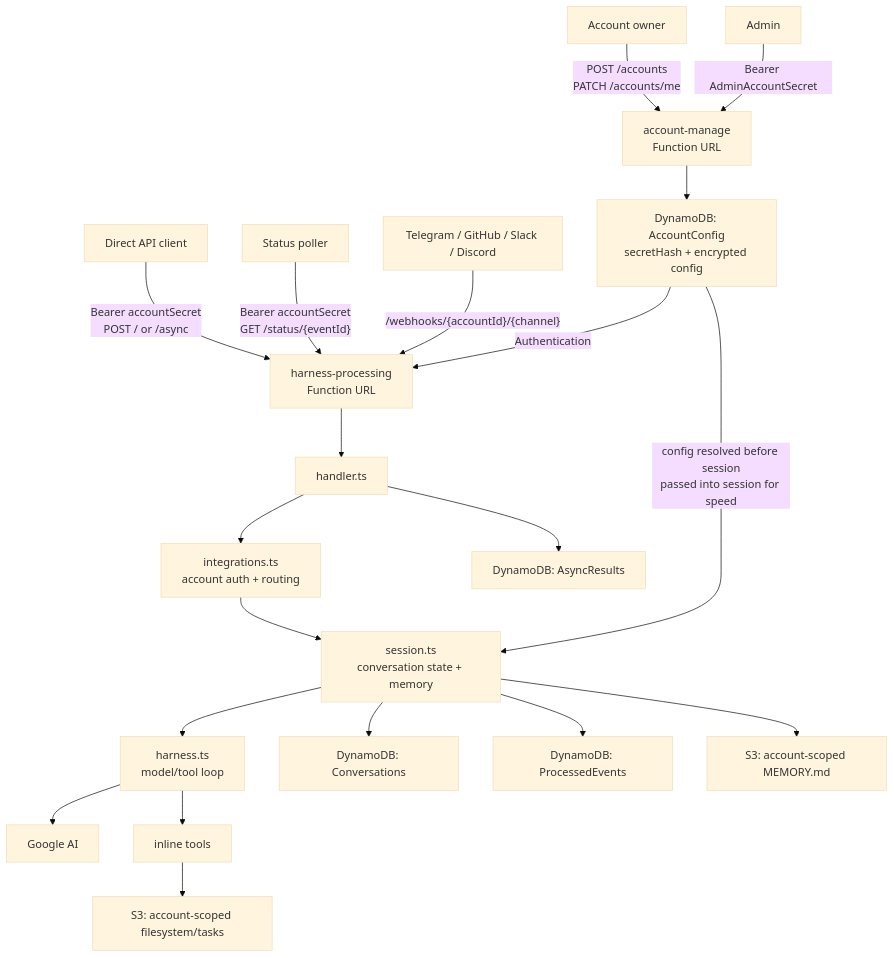
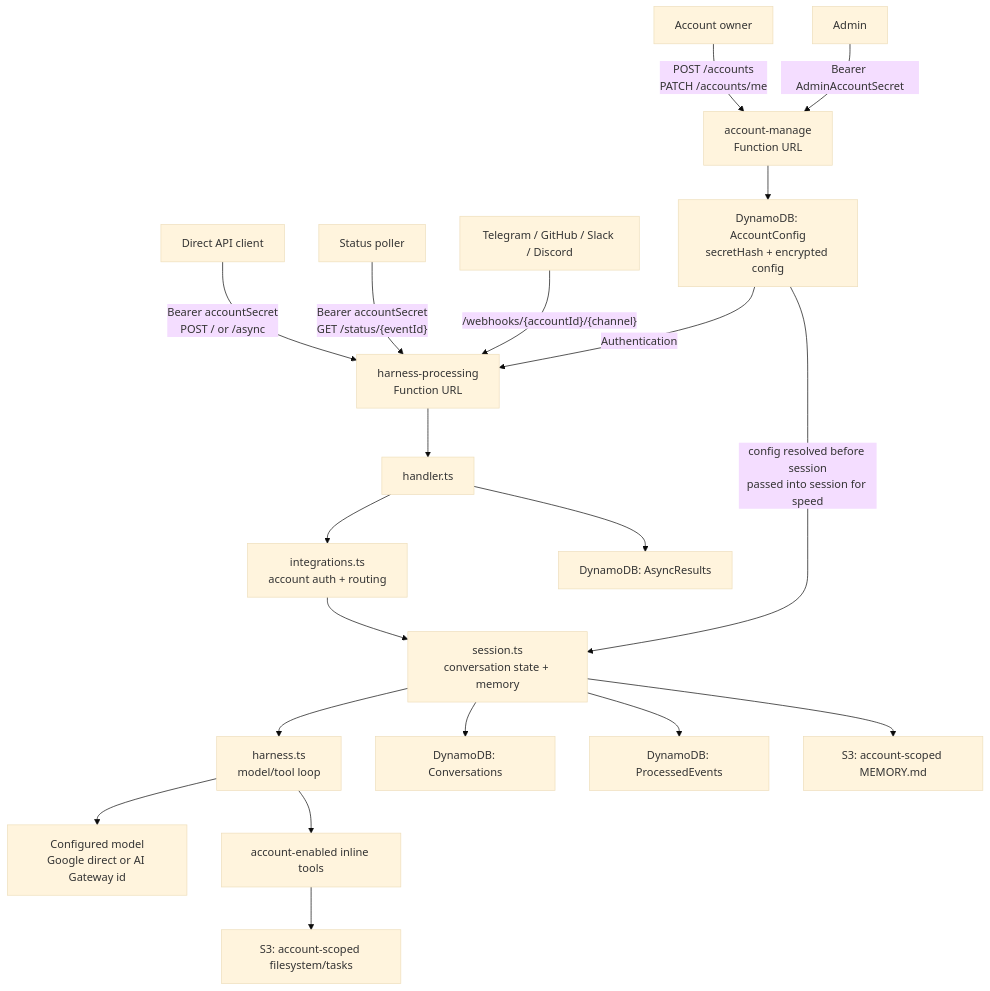
Before and after one commit to beeblastco/filthy-panty: the second of 7 diagrams in docs/architecture.md, drawn with Mermaid (base theme). The commit also changed other lines of this file and 18 other files, not shown here.

Commit message:
feat: add tool configure options when create new account + add different model provider based on vercel-ai sdk

````diff
--- a/docs/architecture.md
+++ b/docs/architecture.md
@@ -27,24 +27,24 @@
 ```mermaid
 flowchart TD
   Owner["Account owner"] -->|"POST /accounts<br/>PATCH /accounts/me"| ManageUrl["account-manage<br/>Function URL"]
   Admin["Admin"] -->|"Bearer AdminAccountSecret"| ManageUrl
   Direct["Direct API client"] -->|"Bearer accountSecret<br/>POST / or /async"| HarnessUrl["harness-processing<br/>Function URL"]
   Status["Status poller"] -->|"Bearer accountSecret<br/>GET /status/{eventId}"| HarnessUrl
   Provider["Telegram / GitHub / Slack / Discord"] -->|"/webhooks/{accountId}/{channel}"| HarnessUrl
 
   ManageUrl --> AccountStore["DynamoDB: AccountConfig<br/>secretHash + encrypted config"]
   AccountStore -->|Authentication| HarnessUrl
   HarnessUrl --> Handler["handler.ts"]
   Handler --> Integrations["integrations.ts<br/>account auth + routing"]
   Integrations --> Session["session.ts<br/>conversation state + memory"]
   Session --> Harness["harness.ts<br/>model/tool loop"]
-  Harness --> Model["Google AI"]
-  Harness --> Tools["inline tools"]
+  Harness --> Model["Configured model<br/>Google direct or AI Gateway id"]
+  Harness --> Tools["account-enabled inline tools"]
 
   Session --> Conversations["DynamoDB: Conversations"]
   Session --> Processed["DynamoDB: ProcessedEvents"]
   AccountStore -->|config resolved before session<br/>passed into session for speed| Session
   Handler --> AsyncResults["DynamoDB: AsyncResults"]
   Session --> Memory["S3: account-scoped MEMORY.md"]
   Tools --> Filesystem["S3: account-scoped filesystem/tasks"]
 ```
````
